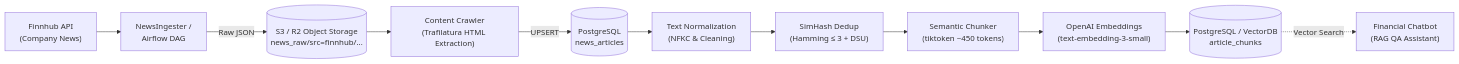
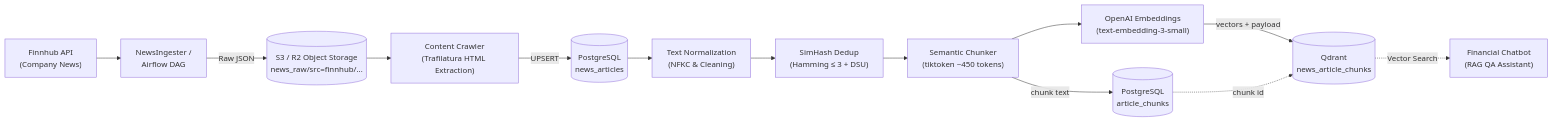
The fourth of 4 diagrams in README.md (kasync-lang/Kstock), drawn with Mermaid before and after one commit. The commit also changed other lines of this file, not shown here.

````diff
--- a/README.md
+++ b/README.md
@@ -199,16 +201,18 @@
 ```mermaid
 flowchart LR
     Finn["Finnhub API\n(Company News)"] --> Ingest["NewsIngester /\nAirflow DAG"]
     Ingest -->|Raw JSON| S3[("S3 / R2 Object Storage\nnews_raw/src=finnhub/...")]
     
     S3 --> Crawl["Content Crawler\n(Trafilatura HTML Extraction)"]
     Crawl -->|UPSERT| PG_Art[("PostgreSQL\nnews_articles")]
     
     PG_Art --> Cleaner["Text Normalization\n(NFKC & Cleaning)"]
     Cleaner --> SimHash["SimHash Dedup\n(Hamming ≤ 3 + DSU)"]
     SimHash --> Chunker["Semantic Chunker\n(tiktoken ~450 tokens)"]
+    Chunker -->|chunk text| PG_Chunk[("PostgreSQL\narticle_chunks")]
     Chunker --> Embed["OpenAI Embeddings\n(text-embedding-3-small)"]
-    Embed --> PG_Chunk[("PostgreSQL / VectorDB\narticle_chunks")]
+    Embed -->|vectors + payload| QDRANT[("Qdrant\nnews_article_chunks")]
     
-    PG_Chunk -.->|Vector Search| Chat["Financial Chatbot\n(RAG QA Assistant)"]
+    PG_Chunk -.->|chunk id| QDRANT
+    QDRANT -.->|Vector Search| Chat["Financial Chatbot\n(RAG QA Assistant)"]
 ```
````
